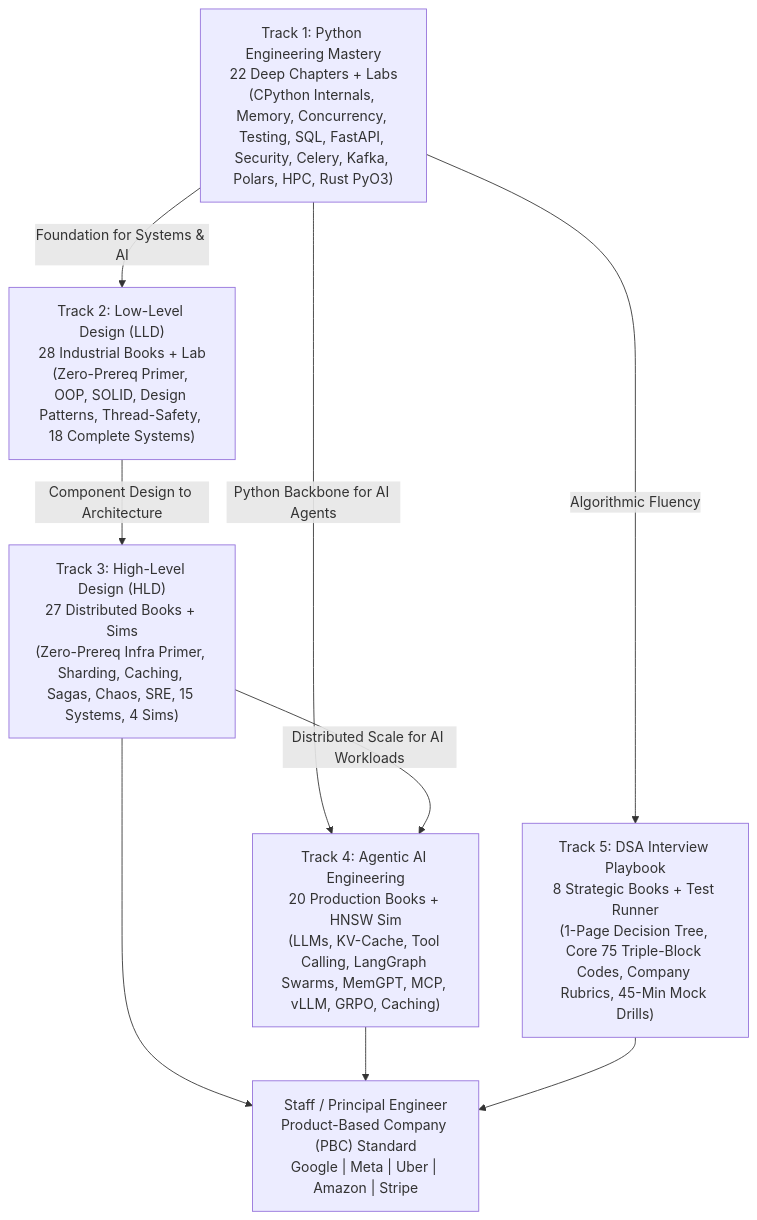
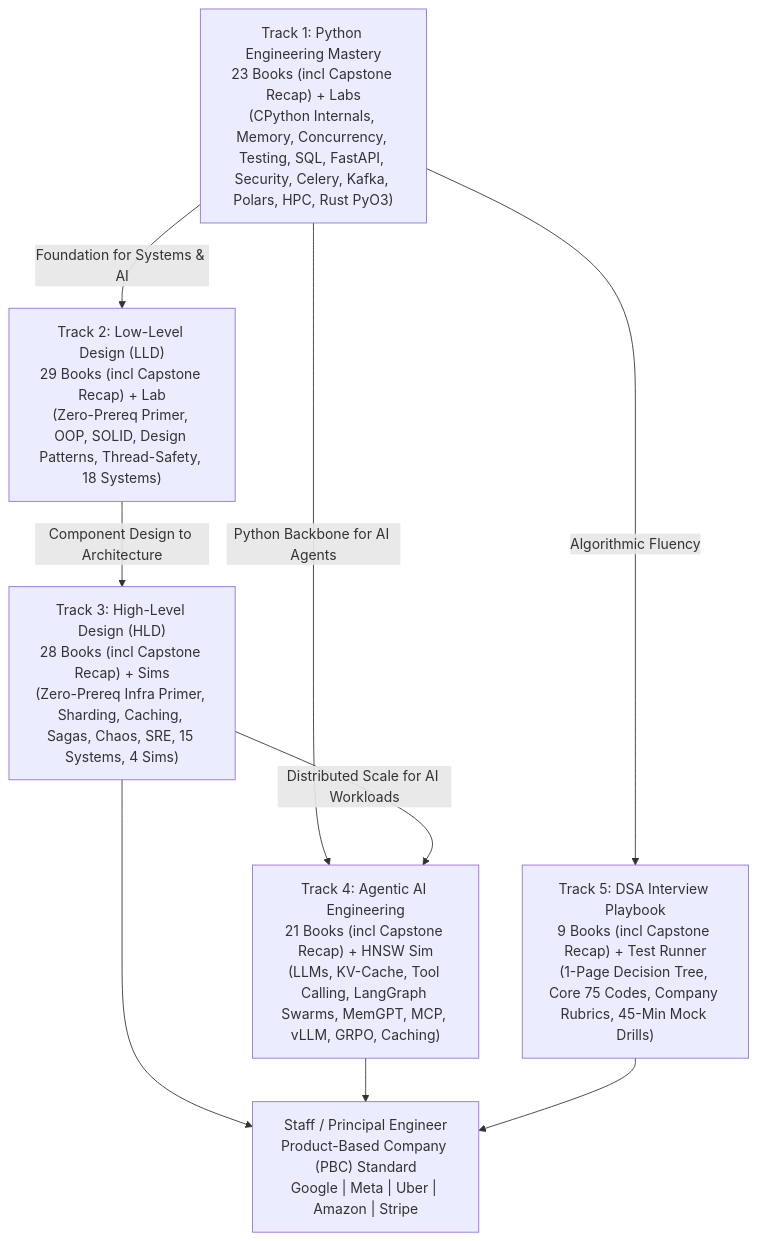
Before and after one commit to reddykarthikeya1/AI-Systems-Mastery: the diagram in README.md, drawn with Mermaid. The commit also changed other lines of this file and 119 other files, not shown here.

Commit message:
feat(curriculum): add dedicated capstone recap playbooks to all 5 tracks and update execution metaphor

````diff
--- a/README.md
+++ b/README.md
@@ -25,20 +25,20 @@
 ```mermaid
 flowchart TD
-    T1["Track 1: Python Engineering Mastery<br/>22 Deep Chapters + Labs<br/>(CPython Internals, Memory, Concurrency, Testing, SQL, FastAPI, Security, Celery, Kafka, Polars, HPC, Rust PyO3)"]
-    T2["Track 2: Low-Level Design (LLD)<br/>28 Industrial Books + Lab<br/>(Zero-Prereq Primer, OOP, SOLID, Design Patterns, Thread-Safety, 18 Complete Systems)"]
-    T3["Track 3: High-Level Design (HLD)<br/>27 Distributed Books + Sims<br/>(Zero-Prereq Infra Primer, Sharding, Caching, Sagas, Chaos, SRE, 15 Systems, 4 Sims)"]
-    T4["Track 4: Agentic AI Engineering<br/>20 Production Books + HNSW Sim<br/>(LLMs, KV-Cache, Tool Calling, LangGraph Swarms, MemGPT, MCP, vLLM, GRPO, Caching)"]
-    T5["Track 5: DSA Interview Playbook<br/>8 Strategic Books + Test Runner<br/>(1-Page Decision Tree, Core 75 Triple-Block Codes, Company Rubrics, 45-Min Mock Drills)"]
+    T1["Track 1: Python Engineering Mastery<br/>23 Books (incl Capstone Recap) + Labs<br/>(CPython Internals, Memory, Concurrency, Testing, SQL, FastAPI, Security, Celery, Kafka, Polars, HPC, Rust PyO3)"]
+    T2["Track 2: Low-Level Design (LLD)<br/>29 Books (incl Capstone Recap) + Lab<br/>(Zero-Prereq Primer, OOP, SOLID, Design Patterns, Thread-Safety, 18 Systems)"]
+    T3["Track 3: High-Level Design (HLD)<br/>28 Books (incl Capstone Recap) + Sims<br/>(Zero-Prereq Infra Primer, Sharding, Caching, Sagas, Chaos, SRE, 15 Systems, 4 Sims)"]
+    T4["Track 4: Agentic AI Engineering<br/>21 Books (incl Capstone Recap) + HNSW Sim<br/>(LLMs, KV-Cache, Tool Calling, LangGraph Swarms, MemGPT, MCP, vLLM, GRPO, Caching)"]
+    T5["Track 5: DSA Interview Playbook<br/>9 Books (incl Capstone Recap) + Test Runner<br/>(1-Page Decision Tree, Core 75 Codes, Company Rubrics, 45-Min Mock Drills)"]
 
     PBC["Staff / Principal Engineer<br/>Product-Based Company (PBC) Standard<br/>Google | Meta | Uber | Amazon | Stripe"]
 
     T1 -->|Foundation for Systems & AI| T2
     T2 -->|Component Design to Architecture| T3
     T1 -->|Python Backbone for AI Agents| T4
     T3 -->|Distributed Scale for AI Workloads| T4
     T1 -->|Algorithmic Fluency| T5
     
     T3 --> PBC
     T4 --> PBC
     T5 --> PBC
 ```
````
